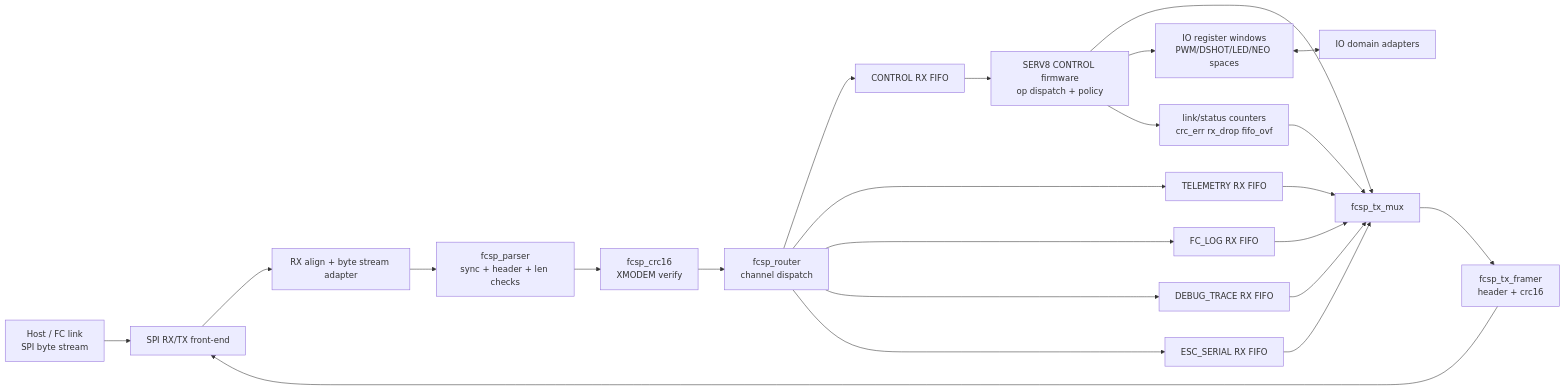
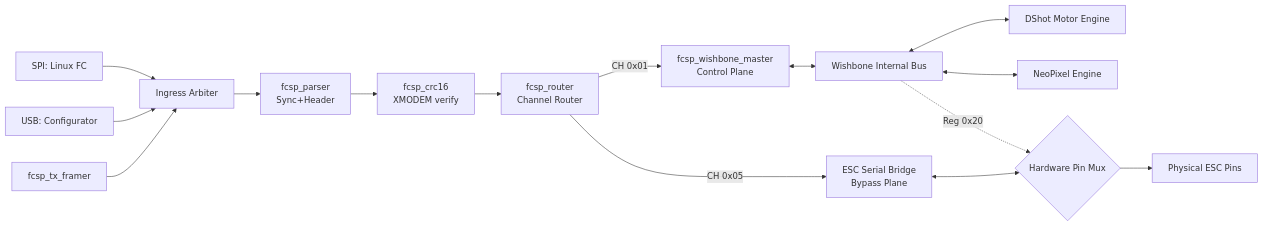
The diagram in docs/FPGA_BLOCK_DESIGN.md (tcmichals/rt-fc-offloader), drawn with Mermaid before and after one commit. The commit also changed other lines of this file and 50 other files, not shown here.

Commit message:
FCSP Pure Hardware Architecture: CPU-less switch, drivers, and debug generator. Nanosecond DShot/Serial timing verified.

````diff
--- a/docs/FPGA_BLOCK_DESIGN.md
+++ b/docs/FPGA_BLOCK_DESIGN.md
@@ -22,31 +18,25 @@
 ```mermaid
 flowchart LR
-    HOST[Host / FC link\nSPI byte stream] --> SPI[SPI RX/TX front-end]
-    SPI --> RXA[RX align + byte stream adapter]
-    RXA --> PARSER[fcsp_parser\nsync + header + len checks]
+    HOST_SPI[SPI: Linux FC] --> MUX[Ingress Arbiter]
+    HOST_USB[USB: Configurator] --> MUX
+    
+    MUX --> PARSER[fcsp_parser\nSync+Header]
     PARSER --> CRC[fcsp_crc16\nXMODEM verify]
-    CRC --> ROUTER[fcsp_router\nchannel dispatch]
+    CRC --> ROUTER[fcsp_router\nChannel Router]
 
-    ROUTER --> QCTRL[CONTROL RX FIFO]
-    ROUTER --> QTEL[TELEMETRY RX FIFO]
-    ROUTER --> QLOG[FC_LOG RX FIFO]
-    ROUTER --> QDBG[DEBUG_TRACE RX FIFO]
-    ROUTER --> QESC[ESC_SERIAL RX FIFO]
+    %% Channels
+    ROUTER -->|CH 0x01| WB_Master[fcsp_wishbone_master\nControl Plane]
+    ROUTER -->|CH 0x05| BYPASS[ESC Serial Bridge\nBypass Plane]
 
-    QCTRL --> SERV[SERV8 CONTROL firmware\nop dispatch + policy]
-    SERV --> TXM[fcsp_tx_mux]
-
-    QTEL --> TXM
-    QLOG --> TXM
-    QDBG --> TXM
-    QESC --> TXM
-
-    TXM --> ENCODER[fcsp_tx_framer\nheader + crc16]
-    ENCODER --> SPI
-
-    SERV --> IOREG[IO register windows\nPWM/DSHOT/LED/NEO spaces]
-    IOREG <--> IOPHY[IO domain adapters]
-
-    SERV --> STAT[link/status counters\ncrc_err rx_drop fifo_ovf]
-    STAT --> TXM
+    %% Logic
+    WB_Master <--> BUS[Wishbone Internal Bus]
+    BUS <--> DSHOT[DShot Motor Engine]
+    BUS <--> NEO[NeoPixel Engine]
+    
+    %% The Hard Switch
+    BUS -.->|Reg 0x20| PIN_MUX{Hardware Pin Mux}
+    BYPASS <--> PIN_MUX
+    
+    PIN_MUX --> MOTORS[Physical ESC Pins]
+    ENCODER[fcsp_tx_framer] --> MUX
 ```
````
